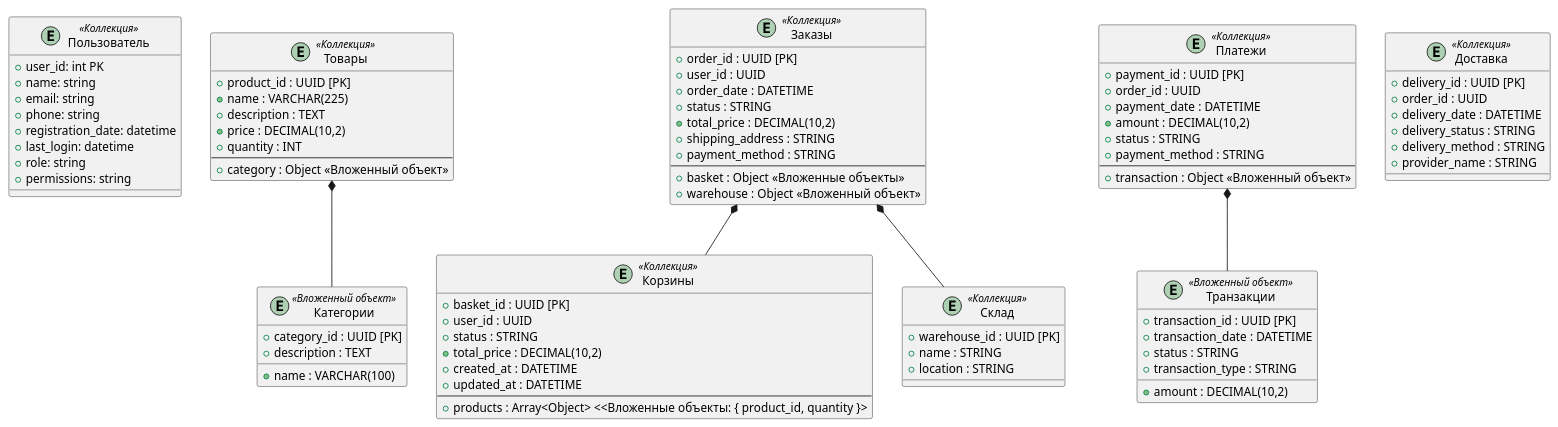
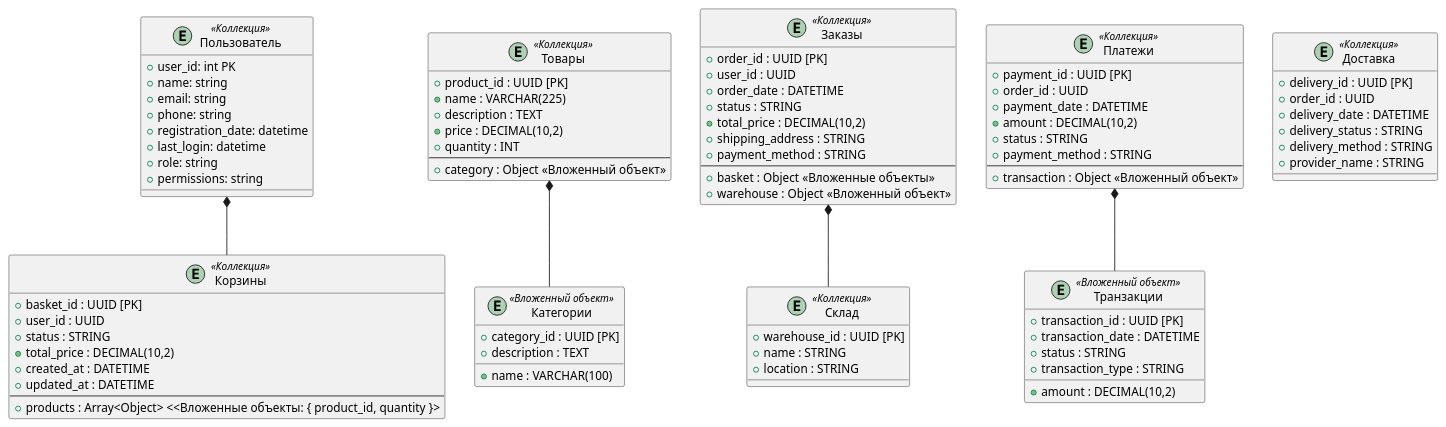
The diagram in DB_task_2/ER_NoSQL.puml (Lyudmila-55/Levchenko_analytics_practice), drawn with PlantUML before and after one commit.

Commit message:
change chart ER_NoSQL

```diff
--- a/DB_task_2/ER_NoSQL.puml
+++ b/DB_task_2/ER_NoSQL.puml
@@ -1,92 +1,92 @@
 @startuml
 entity "Пользователь" as Users <<Коллекция>> {
   + user_id: int PK
   + name: string
   + email: string
   + phone: string
   + registration_date: datetime
   + last_login: datetime
   + role: string  
   + permissions: string 
 }
 
 entity "Товары" as Products <<Коллекция>> {
     + product_id : UUID [PK]
     + name : VARCHAR(225)
     + description : TEXT
     + price : DECIMAL(10,2)
     + quantity : INT
     --
     + category : Object <<Вложенный объект>> 
 }
 
 entity "Категории" as Categories <<Вложенный объект>> {
     + category_id : UUID [PK]
     + name : VARCHAR(100)
     + description : TEXT
 }
 
 entity "Корзины" as Baskets <<Коллекция>> {
     + basket_id : UUID [PK]
     + user_id : UUID
     + status : STRING
     + total_price : DECIMAL(10,2)
     + created_at : DATETIME
     + updated_at : DATETIME
     --
     + products : Array<Object> <<Вложенные объекты: { product_id, quantity }>
 }
 
 entity "Заказы" as Orders <<Коллекция>> {
     + order_id : UUID [PK]
     + user_id : UUID
     + order_date : DATETIME
     + status : STRING
     + total_price : DECIMAL(10,2)
     + shipping_address : STRING
     + payment_method : STRING
     --
     + basket : Object <<Вложенные объекты>>
     + warehouse : Object <<Вложенный объект>>
 }
 
 entity "Платежи" as Payments <<Коллекция>> {
     + payment_id : UUID [PK]
     + order_id : UUID
     + payment_date : DATETIME
     + amount : DECIMAL(10,2)
     + status : STRING
     + payment_method : STRING
     --
     + transaction : Object <<Вложенный объект>>
 }
 
 entity "Транзакции" as Transactions <<Вложенный объект>> {
     + transaction_id : UUID [PK]
     + transaction_date : DATETIME
     + amount : DECIMAL(10,2)
     + status : STRING
     + transaction_type : STRING
 }
 
 entity "Доставка" as Delivery <<Коллекция>> {
     + delivery_id : UUID [PK]
     + order_id : UUID
     + delivery_date : DATETIME
     + delivery_status : STRING
     + delivery_method : STRING
     + provider_name : STRING
 }
 
 entity "Склад" as Warehouse <<Коллекция>> {
     + warehouse_id : UUID [PK]
     + name : STRING
     + location : STRING
 }
 
 Products *-- Categories 
 Payments *-- Transactions  
 Orders *-- Warehouse 
-Orders *-- Baskets 
+Users *-- Baskets 
 
 @enduml
```
